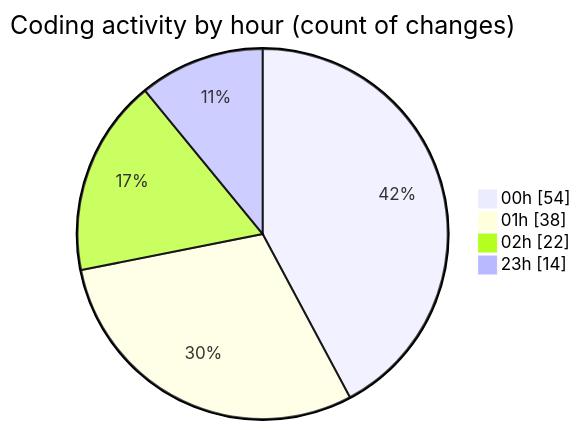
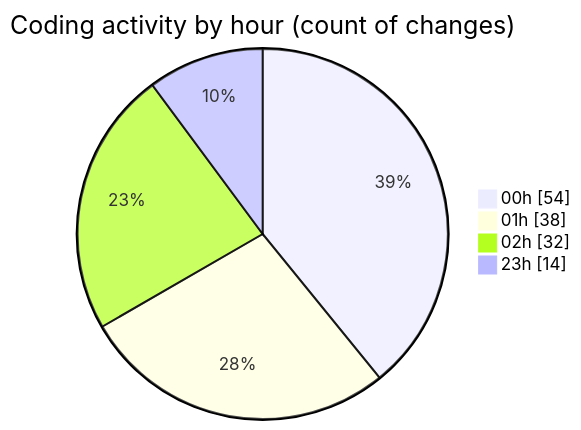
One commit to lephambinh05/code-tracking changed the second of 2 diagrams in 2025-08-20/quytuthien_vn/README.md. Above: the diagram before and after it, drawn with Mermaid. The commit also changed other lines of this file and 1 other file, not shown here.

````diff
--- a/2025-08-20/quytuthien_vn/README.md
+++ b/2025-08-20/quytuthien_vn/README.md
@@ -95,8 +98,8 @@
 ```mermaid
 pie showData
 title Coding activity by hour (count of changes)
 "00h" : 54
 "01h" : 38
-"02h" : 22
+"02h" : 32
 "23h" : 14
 ```
````
